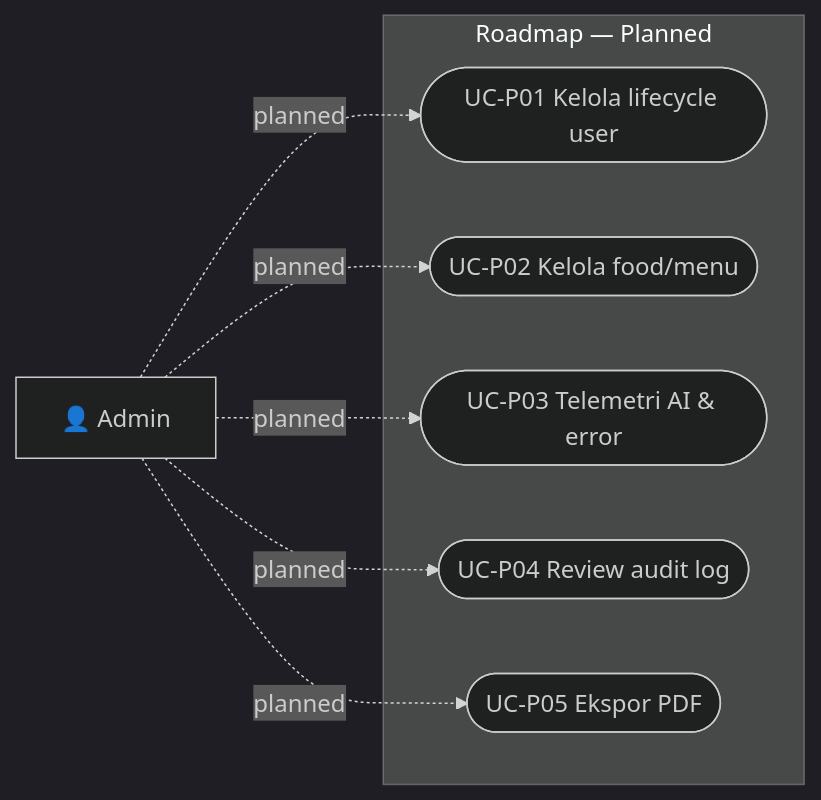
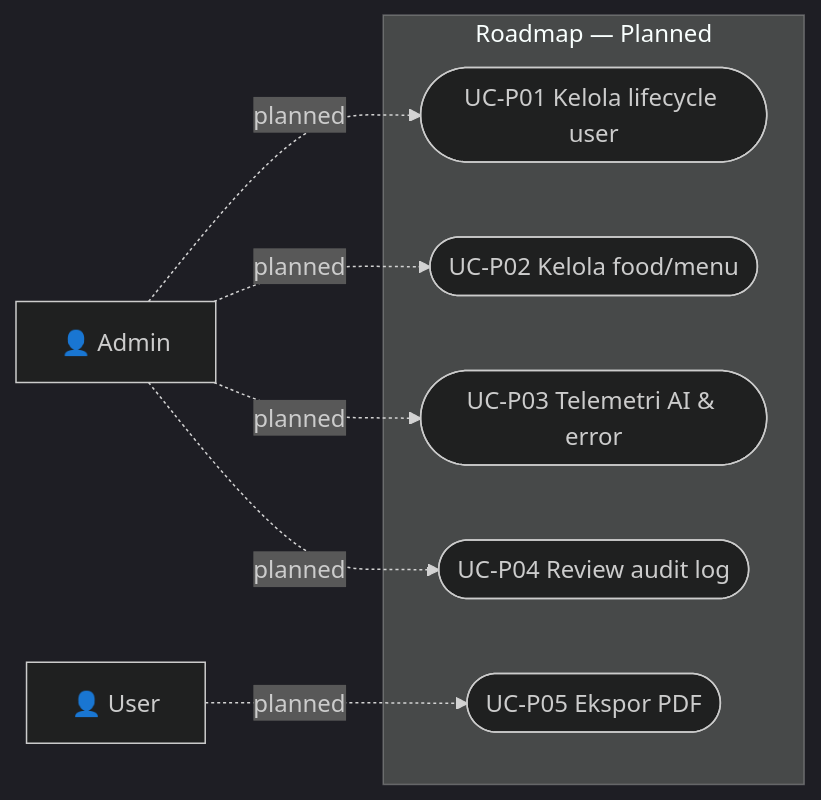
The sixth of 6 diagrams in docs/system-analysis/04-use-case-diagrams.md (Daffa-Qiao/Healo), drawn with Mermaid (dark theme) before and after one commit. The commit also changed other lines of this file and 4 other files, not shown here.

Commit message:
renew diagram

````diff
--- a/docs/system-analysis/04-use-case-diagrams.md
+++ b/docs/system-analysis/04-use-case-diagrams.md
@@ -244,18 +206,19 @@
 ```mermaid
 flowchart LR
+    User[👤 User]
     Admin[👤 Admin]
 
     subgraph Planned[Roadmap — Planned]
         P01([UC-P01 Kelola lifecycle user])
         P02([UC-P02 Kelola food/menu])
         P03([UC-P03 Telemetri AI & error])
         P04([UC-P04 Review audit log])
         P05([UC-P05 Ekspor PDF])
     end
 
     Admin -. planned .-> P01
     Admin -. planned .-> P02
     Admin -. planned .-> P03
     Admin -. planned .-> P04
-    Admin -. planned .-> P05
+    User -. planned .-> P05
 ```
````
